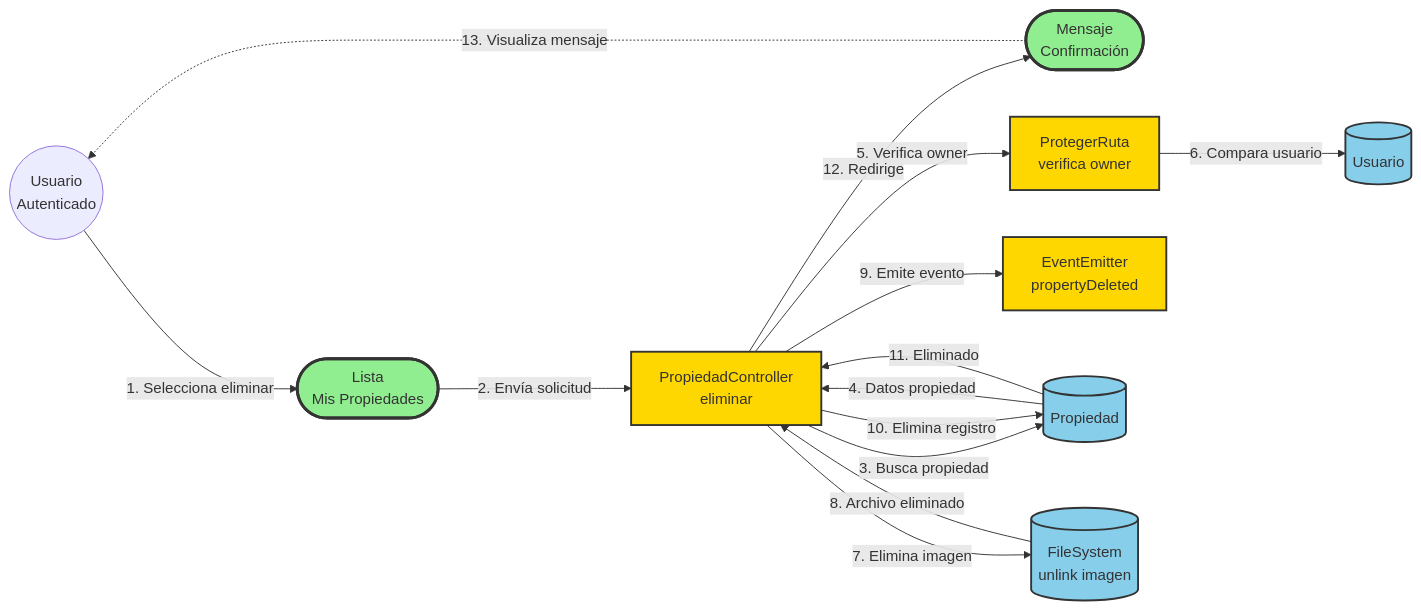
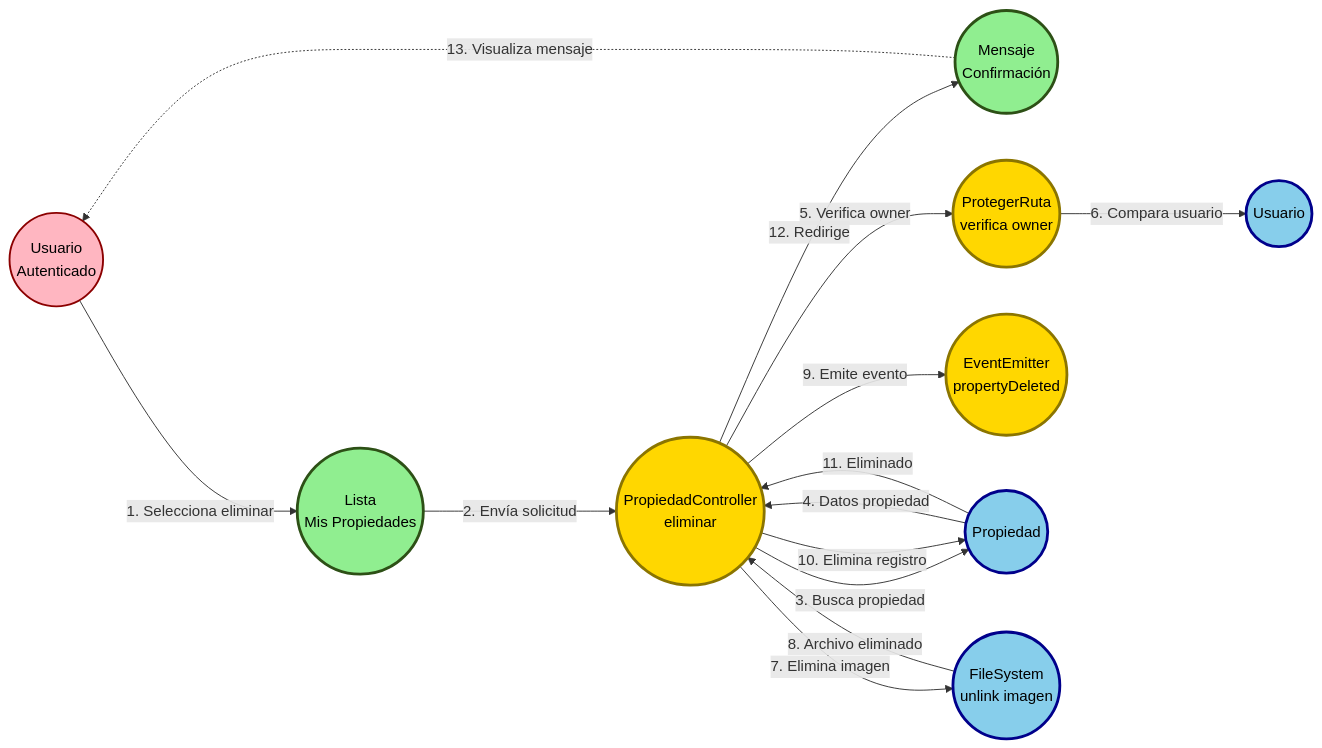
The sixth of 8 diagrams in diagrama-robustez.md (cgala/TFI_HybridParking), drawn with Mermaid before and after one commit. The commit also changed other lines of this file and 1 other file, not shown here.

First line of the commit message:
Refactor: Diagramas de robustez con elementos redondos y diseño horizontal

````diff
--- a/diagrama-robustez.md
+++ b/diagrama-robustez.md
@@ -290,40 +300,42 @@
 ```mermaid
 graph LR
     Actor((Usuario<br/>Autenticado))
 
-    %% Boundaries
-    ListaProp([Lista<br/>Mis Propiedades])
-    Confirmacion([Mensaje<br/>Confirmación])
+    %% Boundaries - Círculos verdes
+    ListaProp((Lista<br/>Mis Propiedades))
+    Confirmacion((Mensaje<br/>Confirmación))
 
-    %% Controls
-    EliminarCtrl[PropiedadController<br/>eliminar]
-    ProtegerCtrl[ProtegerRuta<br/>verifica owner]
-    EventCtrl[EventEmitter<br/>propertyDeleted]
+    %% Controls - Círculos amarillos
+    EliminarCtrl((PropiedadController<br/>eliminar))
+    ProtegerCtrl((ProtegerRuta<br/>verifica owner))
+    EventCtrl((EventEmitter<br/>propertyDeleted))
 
-    %% Entities
-    PropiedadEnt[(Propiedad)]
-    FileSystem[(FileSystem<br/>unlink imagen)]
-    UsuarioEnt[(Usuario)]
+    %% Entities - Círculos azules
+    PropiedadEnt((Propiedad))
+    FileSystem((FileSystem<br/>unlink imagen))
+    UsuarioEnt((Usuario))
 
     Actor -->|1. Selecciona eliminar| ListaProp
     ListaProp -->|2. Envía solicitud| EliminarCtrl
     EliminarCtrl -->|3. Busca propiedad| PropiedadEnt
     PropiedadEnt -->|4. Datos propiedad| EliminarCtrl
     EliminarCtrl -->|5. Verifica owner| ProtegerCtrl
     ProtegerCtrl -->|6. Compara usuario| UsuarioEnt
     EliminarCtrl -->|7. Elimina imagen| FileSystem
     FileSystem -->|8. Archivo eliminado| EliminarCtrl
     EliminarCtrl -->|9. Emite evento| EventCtrl
     EliminarCtrl -->|10. Elimina registro| PropiedadEnt
     PropiedadEnt -->|11. Eliminado| EliminarCtrl
     EliminarCtrl -->|12. Redirige| Confirmacion
     Confirmacion -.->|13. Visualiza mensaje| Actor
 
-    classDef boundary fill:#90EE90,stroke:#333,stroke-width:3px
-    classDef control fill:#FFD700,stroke:#333,stroke-width:2px
-    classDef entity fill:#87CEEB,stroke:#333,stroke-width:2px
+    classDef boundary fill:#90EE90,stroke:#2d5016,stroke-width:3px,color:#000
+    classDef control fill:#FFD700,stroke:#8B7500,stroke-width:3px,color:#000
+    classDef entity fill:#87CEEB,stroke:#00008B,stroke-width:3px,color:#000
+    classDef actor fill:#FFB6C1,stroke:#8B0000,stroke-width:2px,color:#000
 
     class ListaProp,Confirmacion boundary
     class EliminarCtrl,ProtegerCtrl,EventCtrl control
     class PropiedadEnt,FileSystem,UsuarioEnt entity
+    class Actor actor
 ```
````
